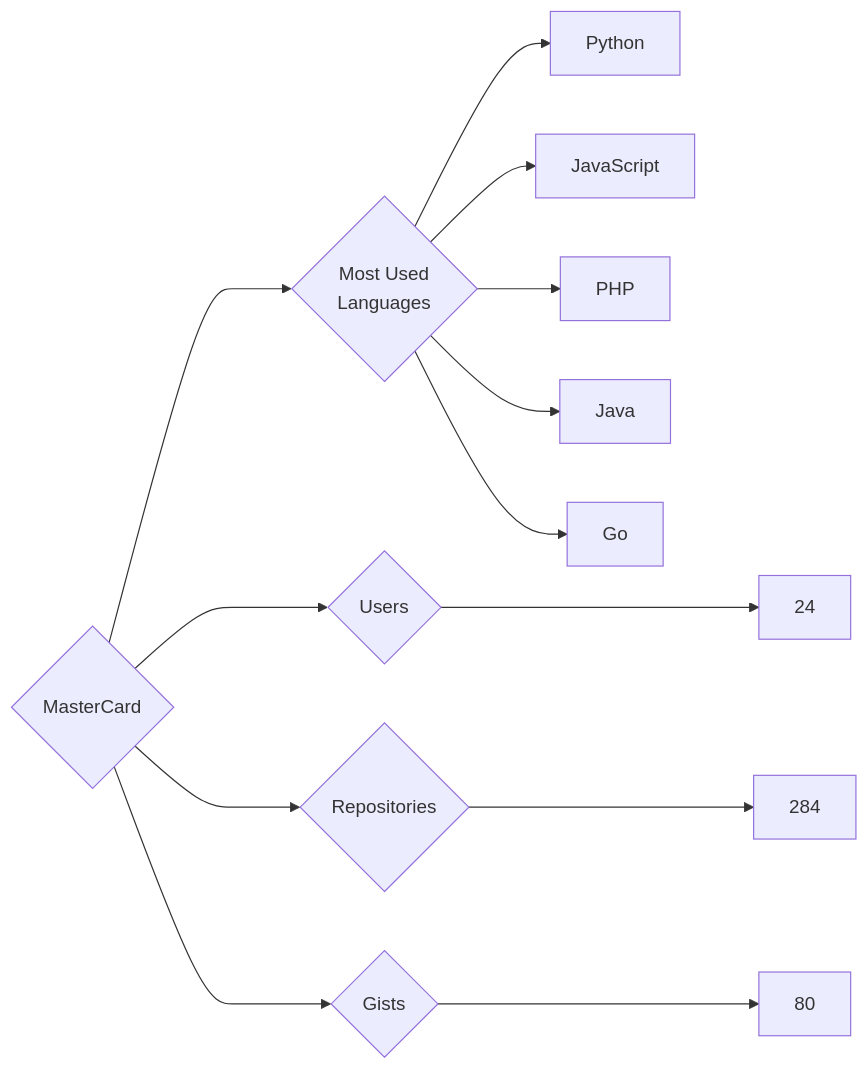
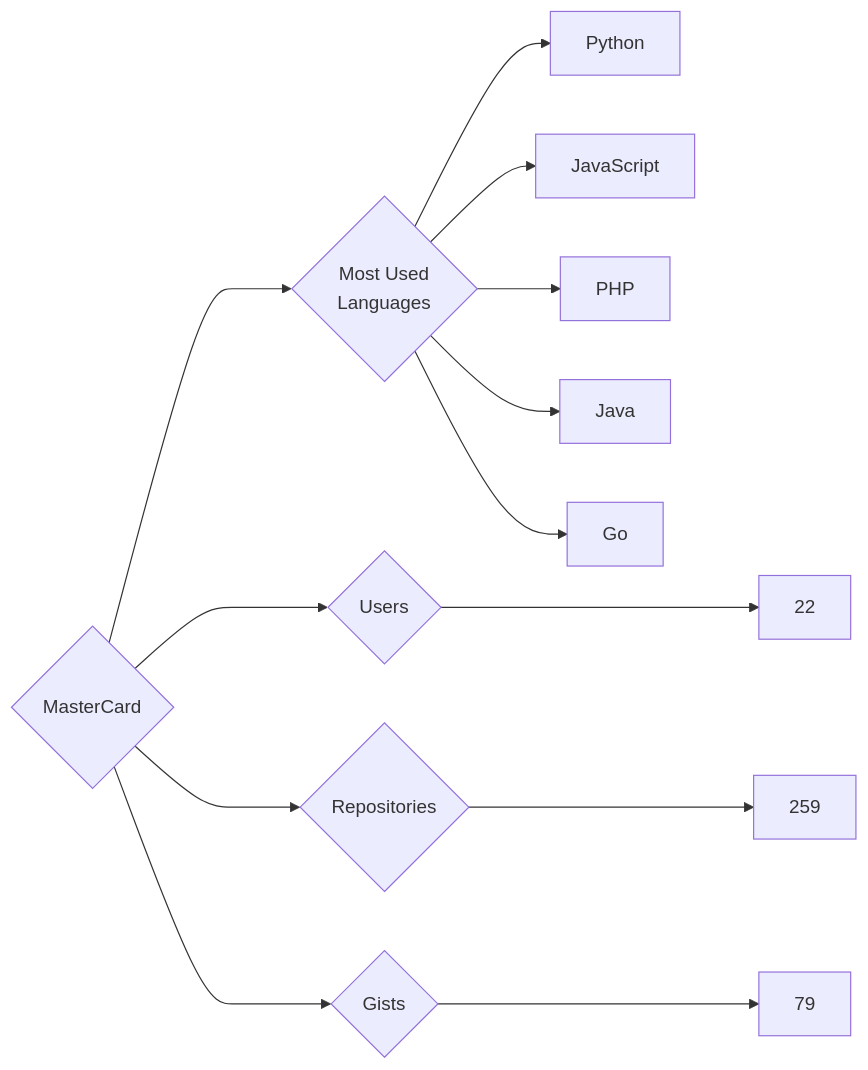
One commit to trickest/insiders changed the diagram in targets/MasterCard/README.md. Above: the diagram before and after it, drawn with Mermaid. The commit also changed 839 other files, not shown here.

````diff
--- a/targets/MasterCard/README.md
+++ b/targets/MasterCard/README.md
@@ -3,13 +3,13 @@
 ```mermaid
 graph LR
 COMPANY_NAME{MasterCard}
-COMPANY_NAME ---> U{Users} ---> UN[24]
-COMPANY_NAME ---> R{Repositories} ---> RN[284]
-COMPANY_NAME ---> G{Gists} ---> GN[80]
+COMPANY_NAME ---> U{Users} ---> UN[22]
+COMPANY_NAME ---> R{Repositories} ---> RN[259]
+COMPANY_NAME ---> G{Gists} ---> GN[79]
 COMPANY_NAME ---> ML{Most Used<br>Languages}
 ML --> Python[Python]
 ML --> JavaScript[JavaScript]
 ML --> PHP[PHP]
 ML --> Java[Java]
 ML --> Go[Go]
 ```
````
